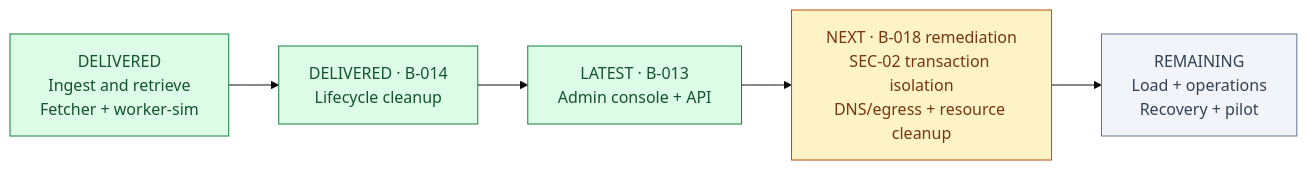
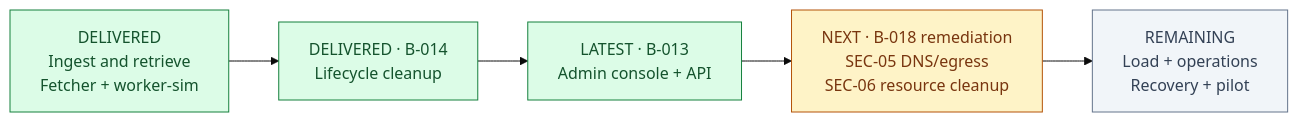
One commit to mezanno/prototype_cache changed the second of 2 diagrams in docs/OVERVIEW.md. Above: the diagram before and after it, drawn with Mermaid (base theme). The commit also changed other lines of this file and 20 other files, not shown here.

````diff
--- a/docs/OVERVIEW.md
+++ b/docs/OVERVIEW.md
@@ -104,14 +104,14 @@
 ```mermaid
 flowchart LR
     core["DELIVERED<br/>Ingest and retrieve<br/>Fetcher + worker-sim"]
     lifecycle["DELIVERED · B-014<br/>Lifecycle cleanup"]
     admin["LATEST · B-013<br/>Admin console + API"]
-    security["NEXT · B-018 remediation<br/>SEC-02 transaction isolation<br/>DNS/egress + resource cleanup"]
+    security["NEXT · B-018 remediation<br/>SEC-05 DNS/egress<br/>SEC-06 resource cleanup"]
     readiness["REMAINING<br/>Load + operations<br/>Recovery + pilot"]
     core --> lifecycle --> admin --> security --> readiness
     style core fill:#dcfce7,stroke:#15803d,color:#14532d
     style lifecycle fill:#dcfce7,stroke:#15803d,color:#14532d
     style admin fill:#dcfce7,stroke:#15803d,color:#14532d
     style security fill:#fef3c7,stroke:#b45309,color:#78350f
     style readiness fill:#f1f5f9,stroke:#64748b,color:#334155
 ```
````
